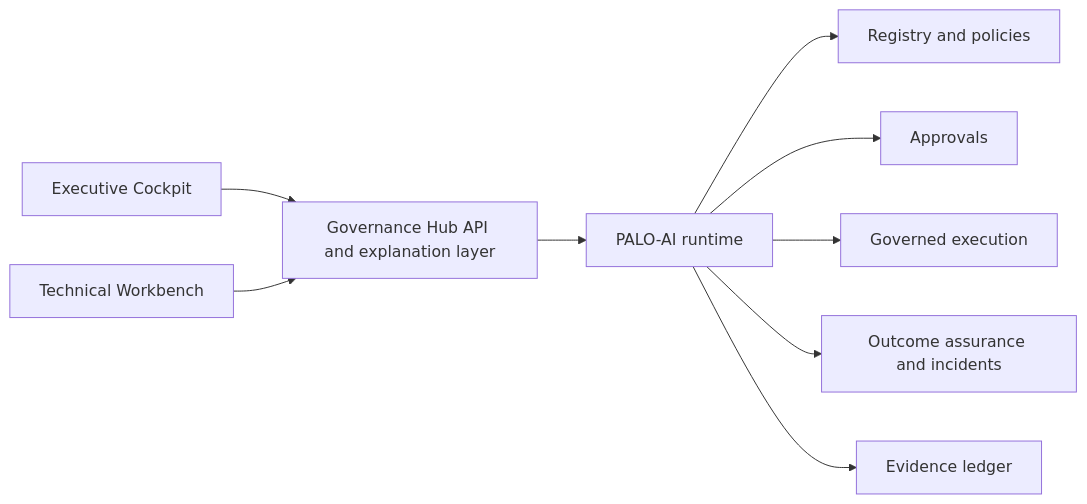
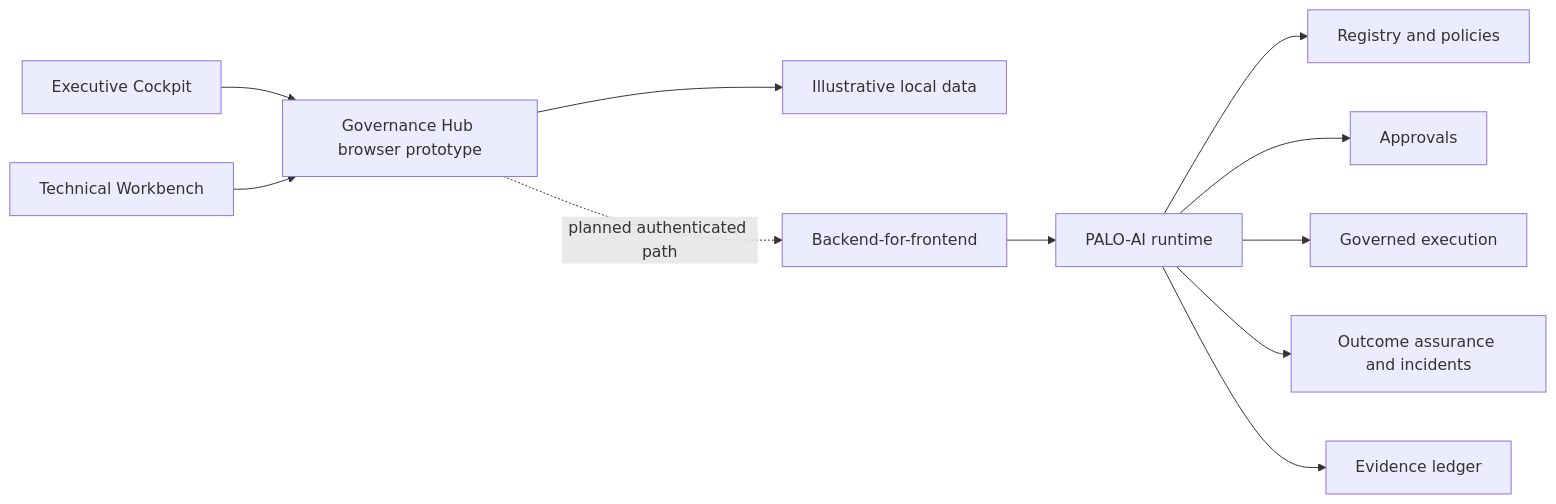
The first of 2 diagrams in docs/palo-ai-governance-hub-product-spec.md (sev7enITA/PALOframework), drawn with Mermaid before and after one commit. The commit also changed other lines of this file and 24 other files, not shown here.

````diff
--- a/docs/palo-ai-governance-hub-product-spec.md
+++ b/docs/palo-ai-governance-hub-product-spec.md
@@ -16,11 +16,13 @@
 ```mermaid
 flowchart LR
-    EC[Executive Cockpit] --> HUB[Governance Hub API and explanation layer]
-    TW[Technical Workbench] --> HUB
-    HUB --> RT[PALO-AI runtime]
+    EC[Executive Cockpit] --> UI[Governance Hub browser prototype]
+    TW[Technical Workbench] --> UI
+    UI --> MOCK[Illustrative local data]
+    UI -. planned authenticated path .-> BFF[Backend-for-frontend]
+    BFF --> RT[PALO-AI runtime]
     RT --> REG[Registry and policies]
     RT --> APP[Approvals]
     RT --> EXE[Governed execution]
     RT --> ASS[Outcome assurance and incidents]
     RT --> LED[Evidence ledger]
 ```
````
